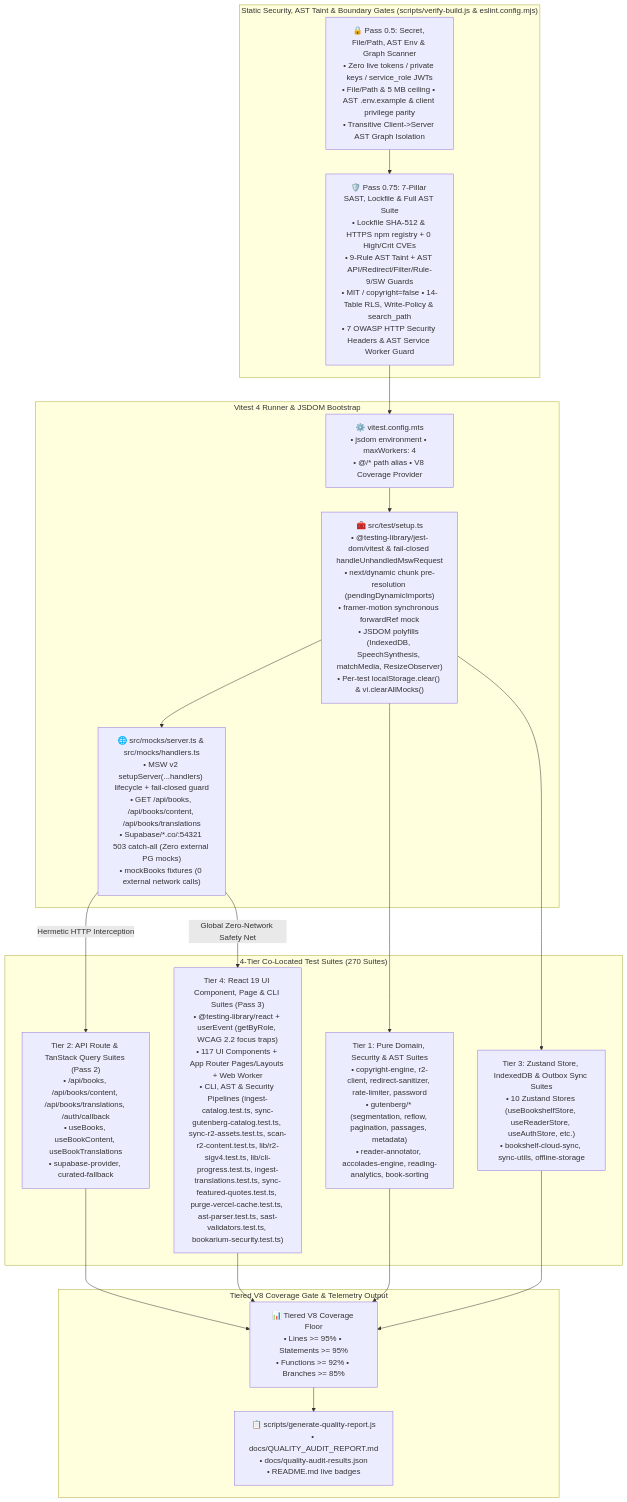
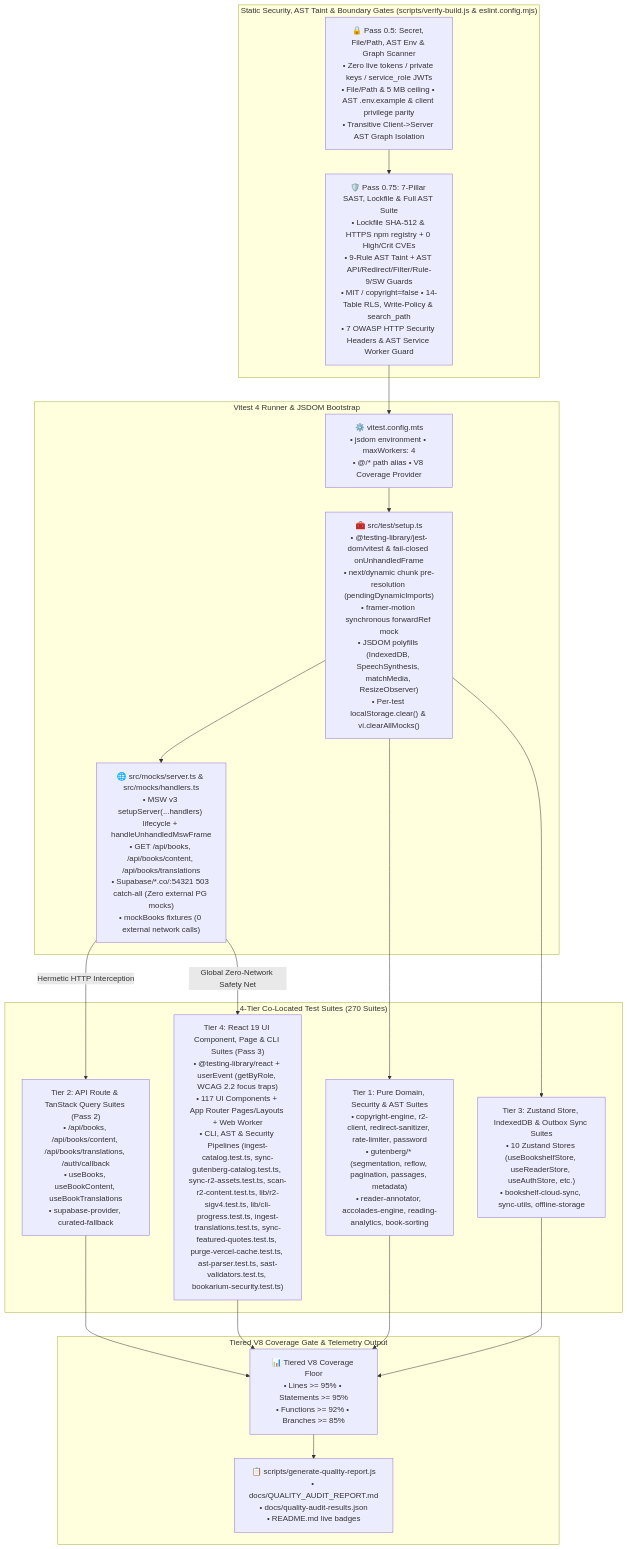
Before and after one commit to calin-m/Bookarium: the diagram in docs/architecture/ast-topology-and-tooling.md, drawn with Mermaid. The commit also changed other lines of this file and 27 other files, not shown here.

First line of the commit message:
chore(deps,docs): upgrade framer-motion 14 and msw 3, sync 9 README stack badges and contract parity (v2.9.79-v2.9.81)

````diff
--- a/docs/architecture/ast-topology-and-tooling.md
+++ b/docs/architecture/ast-topology-and-tooling.md
@@ -15,39 +15,39 @@
 ```mermaid
 flowchart TD
     subgraph SecurityGates ["Static Security, AST Taint & Boundary Gates (scripts/verify-build.js & eslint.config.mjs)"]
         Pass05["🔒 Pass 0.5: Secret, File/Path, AST Env & Graph Scanner\n• Zero live tokens / private keys / service_role JWTs\n• File/Path & 5 MB ceiling • AST .env.example & client privilege parity\n• Transitive Client->Server AST Graph Isolation"]
         Pass075["🛡️ Pass 0.75: 7-Pillar SAST, Lockfile & Full AST Suite\n• Lockfile SHA-512 & HTTPS npm registry + 0 High/Crit CVEs\n• 9-Rule AST Taint + AST API/Redirect/Filter/Rule-9/SW Guards\n• MIT / copyright=false • 14-Table RLS, Write-Policy & search_path\n• 7 OWASP HTTP Security Headers & AST Service Worker Guard"]
     end
 
     subgraph TestRunner ["Vitest 4 Runner & JSDOM Bootstrap"]
         VitestCfg["⚙️ vitest.config.mts\n• jsdom environment • maxWorkers: 4\n• @/* path alias • V8 Coverage Provider"]
-        TestSetup["🧰 src/test/setup.ts\n• @testing-library/jest-dom/vitest & fail-closed handleUnhandledMswRequest\n• next/dynamic chunk pre-resolution (pendingDynamicImports)\n• framer-motion synchronous forwardRef mock\n• JSDOM polyfills (IndexedDB, SpeechSynthesis, matchMedia, ResizeObserver)\n• Per-test localStorage.clear() & vi.clearAllMocks()"]
-        MSWServer["🌐 src/mocks/server.ts & src/mocks/handlers.ts\n• MSW v2 setupServer(...handlers) lifecycle + fail-closed guard\n• GET /api/books, /api/books/content, /api/books/translations\n• Supabase/*.co/:54321 503 catch-all (Zero external PG mocks)\n• mockBooks fixtures (0 external network calls)"]
+        TestSetup["🧰 src/test/setup.ts\n• @testing-library/jest-dom/vitest & fail-closed onUnhandledFrame\n• next/dynamic chunk pre-resolution (pendingDynamicImports)\n• framer-motion synchronous forwardRef mock\n• JSDOM polyfills (IndexedDB, SpeechSynthesis, matchMedia, ResizeObserver)\n• Per-test localStorage.clear() & vi.clearAllMocks()"]
+        MSWServer["🌐 src/mocks/server.ts & src/mocks/handlers.ts\n• MSW v3 setupServer(...handlers) lifecycle + handleUnhandledMswFrame\n• GET /api/books, /api/books/content, /api/books/translations\n• Supabase/*.co/:54321 503 catch-all (Zero external PG mocks)\n• mockBooks fixtures (0 external network calls)"]
     end
 
     subgraph TestTiers ["4-Tier Co-Located Test Suites (270 Suites)"]
         Tier1["Tier 1: Pure Domain, Security & AST Suites\n• copyright-engine, r2-client, redirect-sanitizer, rate-limiter, password\n• gutenberg/* (segmentation, reflow, pagination, passages, metadata)\n• reader-annotator, accolades-engine, reading-analytics, book-sorting"]
         Tier2["Tier 2: API Route & TanStack Query Suites (Pass 2)\n• /api/books, /api/books/content, /api/books/translations, /auth/callback\n• useBooks, useBookContent, useBookTranslations\n• supabase-provider, curated-fallback"]
         Tier3["Tier 3: Zustand Store, IndexedDB & Outbox Sync Suites\n• 10 Zustand Stores (useBookshelfStore, useReaderStore, useAuthStore, etc.)\n• bookshelf-cloud-sync, sync-utils, offline-storage"]
         Tier4["Tier 4: React 19 UI Component, Page & CLI Suites (Pass 3)\n• @testing-library/react + userEvent (getByRole, WCAG 2.2 focus traps)\n• 117 UI Components + App Router Pages/Layouts + Web Worker\n• CLI, AST & Security Pipelines (ingest-catalog.test.ts, sync-gutenberg-catalog.test.ts, sync-r2-assets.test.ts, scan-r2-content.test.ts, lib/r2-sigv4.test.ts, lib/cli-progress.test.ts, ingest-translations.test.ts, sync-featured-quotes.test.ts, purge-vercel-cache.test.ts, ast-parser.test.ts, sast-validators.test.ts, bookarium-security.test.ts)"]
     end
 
     subgraph CoverageGate ["Tiered V8 Coverage Gate & Telemetry Output"]
         V8Thresholds["📊 Tiered V8 Coverage Floor\n• Lines >= 95% • Statements >= 95%\n• Functions >= 92% • Branches >= 85%"]
         QualityReport["📋 scripts/generate-quality-report.js\n• docs/QUALITY_AUDIT_REPORT.md\n• docs/quality-audit-results.json\n• README.md live badges"]
     end
 
     Pass05 --> Pass075
     Pass075 --> VitestCfg
     VitestCfg --> TestSetup
     TestSetup --> MSWServer
     TestSetup --> Tier1
     MSWServer -->|"Hermetic HTTP Interception"| Tier2
     TestSetup --> Tier3
     MSWServer -->|"Global Zero-Network Safety Net"| Tier4
     Tier1 --> V8Thresholds
     Tier2 --> V8Thresholds
     Tier3 --> V8Thresholds
     Tier4 --> V8Thresholds
     V8Thresholds --> QualityReport
 ```
````
